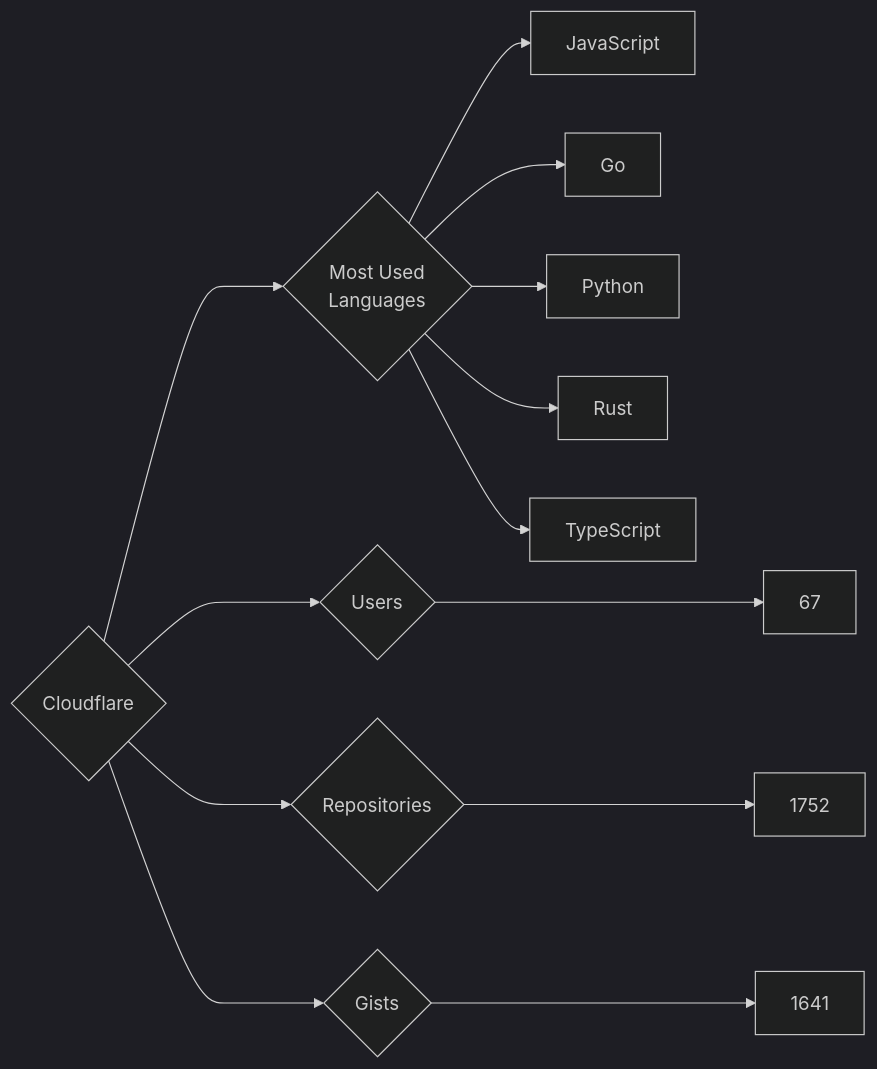
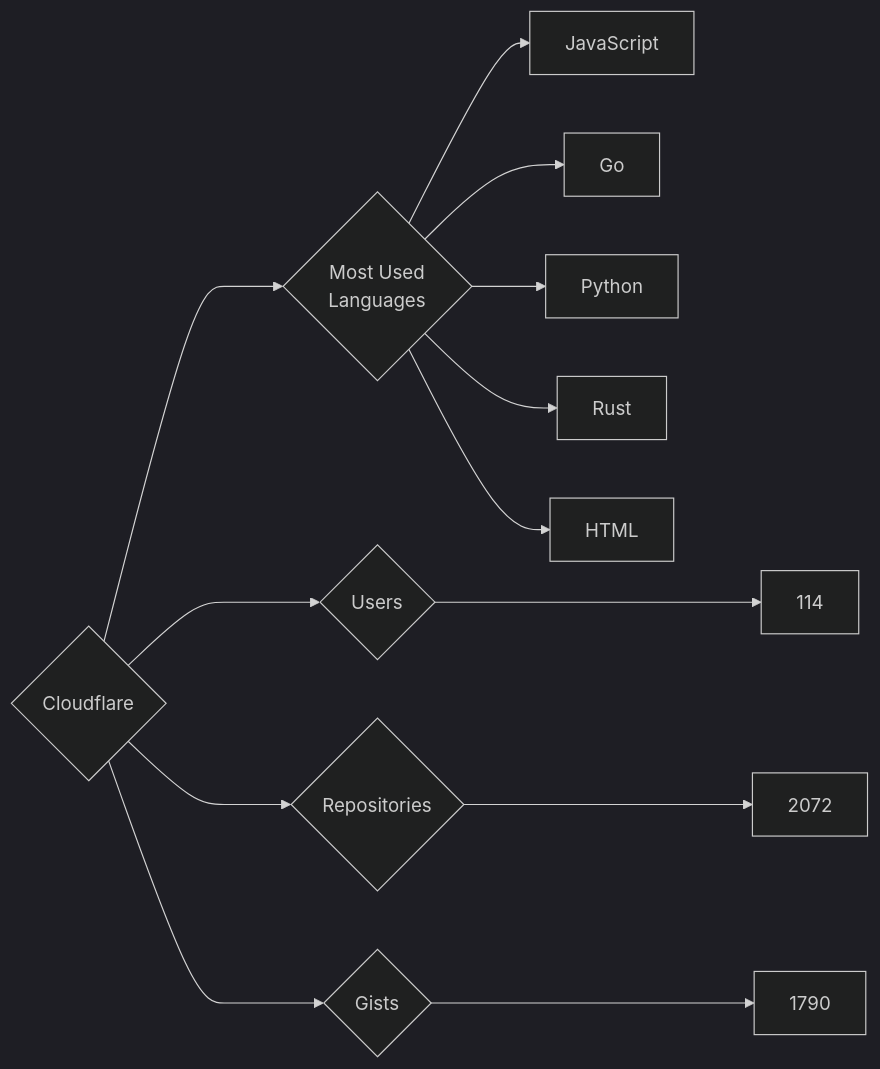
One commit to trickest/insiders changed the diagram in targets/Cloudflare/README.md. Above: the diagram before and after it, drawn with Mermaid (dark theme). The commit also changed 773 other files, not shown here.

````diff
--- a/targets/Cloudflare/README.md
+++ b/targets/Cloudflare/README.md
@@ -3,13 +3,13 @@
 ```mermaid
 graph LR
 COMPANY_NAME{Cloudflare}
-COMPANY_NAME ---> U{Users} ---> UN[67]
-COMPANY_NAME ---> R{Repositories} ---> RN[1752]
-COMPANY_NAME ---> G{Gists} ---> GN[1641]
+COMPANY_NAME ---> U{Users} ---> UN[114]
+COMPANY_NAME ---> R{Repositories} ---> RN[2072]
+COMPANY_NAME ---> G{Gists} ---> GN[1790]
 COMPANY_NAME ---> ML{Most Used<br>Languages}
 ML --> JavaScript[JavaScript]
 ML --> Go[Go]
 ML --> Python[Python]
 ML --> Rust[Rust]
-ML --> TypeScript[TypeScript]
+ML --> HTML[HTML]
 ```
````
